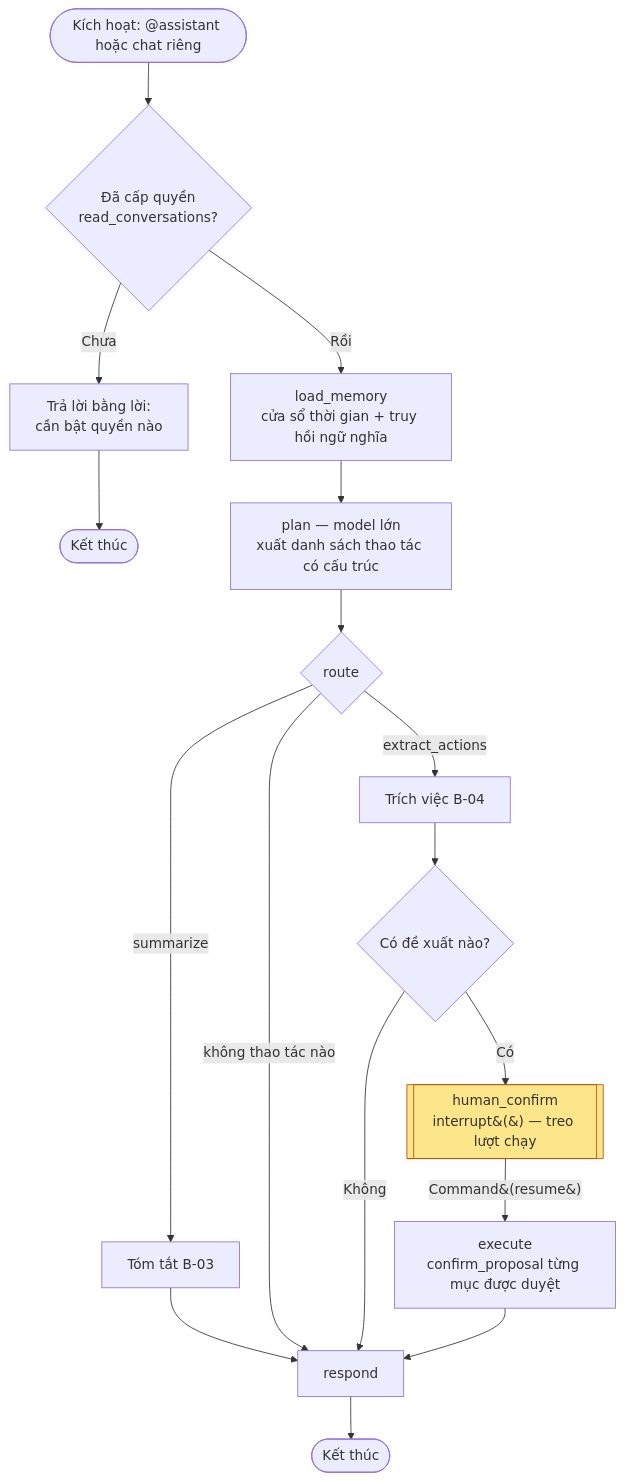
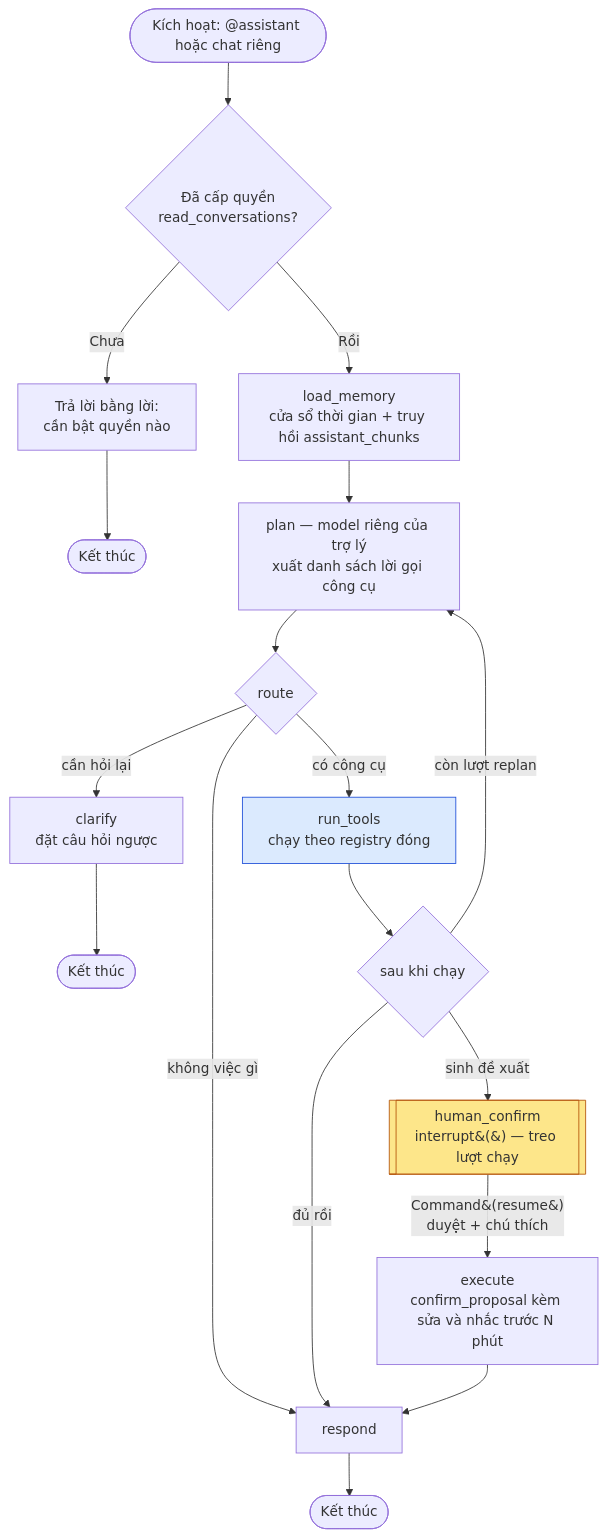
The third of 8 diagrams in docs/architecture_diagram.md (minh20003/linguaflow-ai), drawn with Mermaid before and after one commit. The commit also changed other lines of this file and 31 other files, not shown here.

````diff
--- a/docs/architecture_diagram.md
+++ b/docs/architecture_diagram.md
@@ -103,21 +103,23 @@
 ```mermaid
 graph TD
     START([Kích hoạt: @assistant hoặc chat riêng]) --> Perm{Đã cấp quyền<br/>read_conversations?}
     Perm -->|Chưa| Ask[Trả lời bằng lời:<br/>cần bật quyền nào] --> END1([Kết thúc])
-    Perm -->|Rồi| Mem[load_memory<br/>cửa sổ thời gian + truy hồi ngữ nghĩa]
-    Mem --> Plan[plan — model lớn<br/>xuất danh sách thao tác có cấu trúc]
+    Perm -->|Rồi| Mem[load_memory<br/>cửa sổ thời gian + truy hồi assistant_chunks]
+    Mem --> Plan[plan — model riêng của trợ lý<br/>xuất danh sách lời gọi công cụ]
     Plan --> Route{route}
 
-    Route -->|summarize| Sum[Tóm tắt B-03] --> Resp
-    Route -->|extract_actions| Ext[Trích việc B-04]
-    Route -->|không thao tác nào| Resp
+    Route -->|cần hỏi lại| Clar[clarify<br/>đặt câu hỏi ngược] --> END3([Kết thúc])
+    Route -->|không việc gì| Resp
+    Route -->|có công cụ| Tools[run_tools<br/>chạy theo registry đóng]
 
-    Ext --> Any{Có đề xuất nào?}
-    Any -->|Không| Resp
-    Any -->|Có| HC[[human_confirm<br/>interrupt&#40;&#41; — treo lượt chạy]]
+    Tools --> After{sau khi chạy}
+    After -->|sinh đề xuất| HC[[human_confirm<br/>interrupt&#40;&#41; — treo lượt chạy]]
+    After -->|còn lượt replan| Plan
+    After -->|đủ rồi| Resp
 
-    HC -->|Command&#40;resume&#41;| Exec[execute<br/>confirm_proposal từng mục được duyệt]
+    HC -->|Command&#40;resume&#41;<br/>duyệt + chú thích| Exec[execute<br/>confirm_proposal kèm sửa và nhắc trước N phút]
     Exec --> Resp[respond] --> END2([Kết thúc])
 
     style HC fill:#fde68a,stroke:#b45309
+    style Tools fill:#dbeafe,stroke:#1d4ed8
 ```
````
